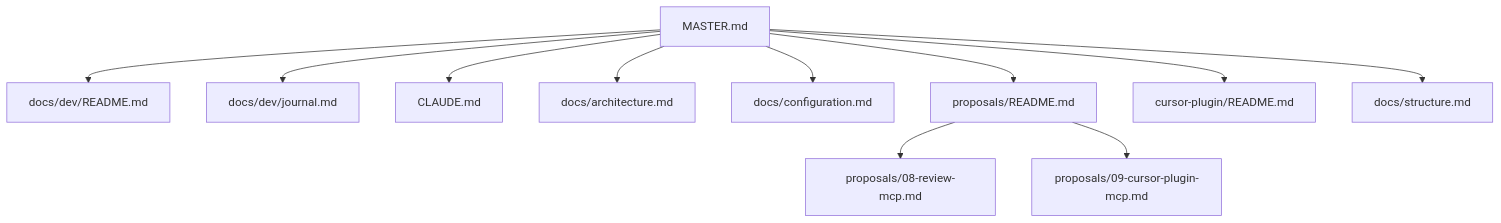
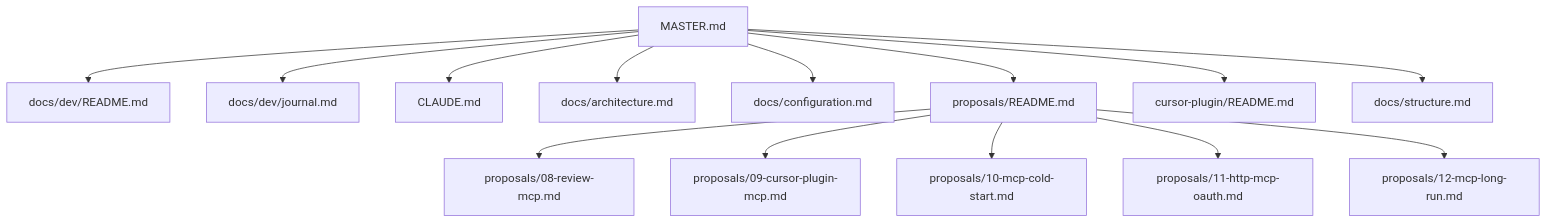
One commit to Orange-hanter/ai-reviewer changed the diagram in MASTER.md. Above: the diagram before and after it, drawn with Mermaid. The commit also changed other lines of this file and 3 other files, not shown here.

First line of the commit message:
docs: MCP-001 — RFC 12 контракт долгого MoA в IDE

````diff
--- a/MASTER.md
+++ b/MASTER.md
@@ -28,14 +28,17 @@
 ```mermaid
 graph TD
     Root[MASTER.md]
     Root --> DevGuide[docs/dev/README.md]
     Root --> Journal[docs/dev/journal.md]
     Root --> Claude[CLAUDE.md]
     Root --> Arch[docs/architecture.md]
     Root --> Cfg[docs/configuration.md]
     Root --> Rfc[proposals/README.md]
     Rfc --> Rfc08[proposals/08-review-mcp.md]
     Rfc --> Rfc09[proposals/09-cursor-plugin-mcp.md]
+    Rfc --> Rfc10[proposals/10-mcp-cold-start.md]
+    Rfc --> Rfc11[proposals/11-http-mcp-oauth.md]
+    Rfc --> Rfc12[proposals/12-mcp-long-run.md]
     Root --> Plugin[cursor-plugin/README.md]
     Root --> Struct[docs/structure.md]
 ```
````
